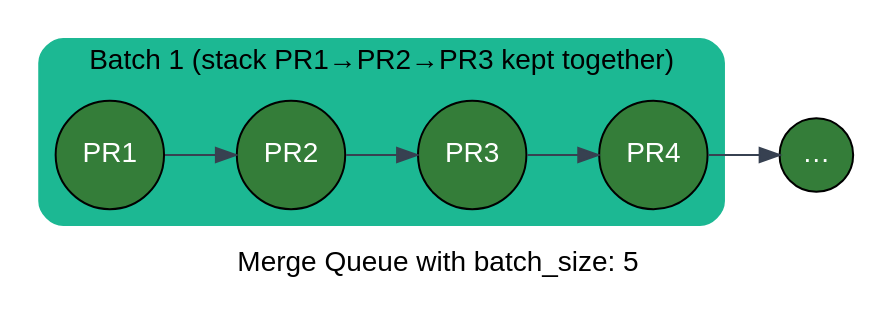
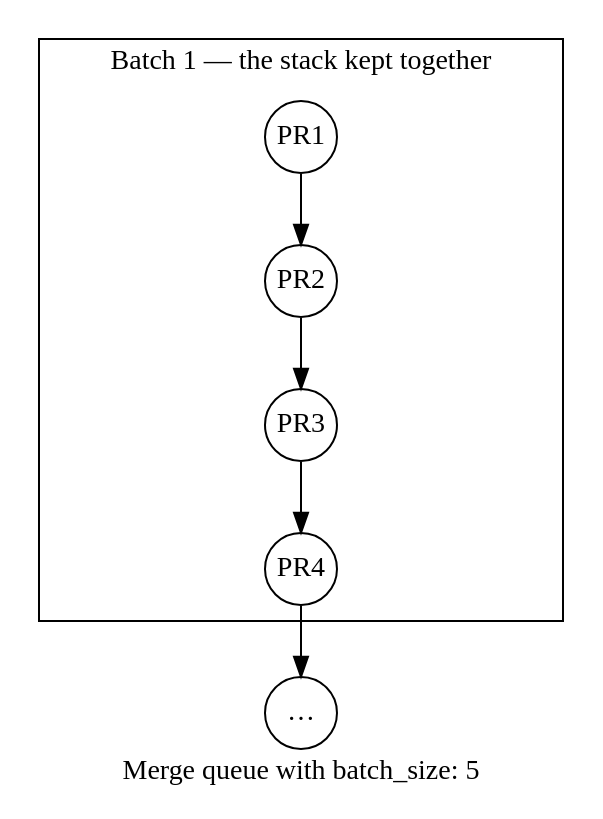
Before and after one commit to Mergifyio/docs: the second of 3 diagrams in src/content/docs/merge-queue/stacks.mdx, drawn with Graphviz. The commit also changed other lines of this file and 20 other files, not shown here.

````diff
--- a/src/content/docs/merge-queue/stacks.mdx
+++ b/src/content/docs/merge-queue/stacks.mdx
@@ -178,24 +171,19 @@
-```dot class="graph"
-strict digraph {
-    fontname="sans-serif";
-    rankdir="LR";
-    label="Merge Queue with batch_size: 5"
+```dot class="queue"
+digraph {
+  label="Merge queue with batch_size: 5";
+  node [shape=circle, width=0.5, height=0.5, fixedsize=true];
 
-    node [style=filled, shape=circle, fontcolor="white", fontname="sans-serif"];
-    edge [color="#374151", arrowhead=normal, fontname="sans-serif"];
+  subgraph cluster_batch1 {
+    class="batch";
+    label="Batch 1 — the stack kept together";
+    PR1 [class="queued"];
+    PR2 [class="queued"];
+    PR3 [class="queued"];
+    PR4 [class="queued"];
+    PR1 -> PR2 -> PR3 -> PR4;
+  }
 
-    subgraph cluster_batch_0 {
-        style="rounded,filled";
-        color="#1CB893";
-        fillcolor="#1CB893";
-        fontcolor="#000000";
-        node [fillcolor="#347D39"];
-        PR1 -> PR2 -> PR3 -> PR_other;
-        PR_other [label="PR4"];
-        label = "Batch 1 (stack PR1→PR2→PR3 kept together)";
-    }
-
-    PR_other -> PR5;
-    PR5 [label="…", fillcolor="#347D39"];
+  PR5 [label="…", class="queued"];
+  PR4 -> PR5;
 }
 ```
````
